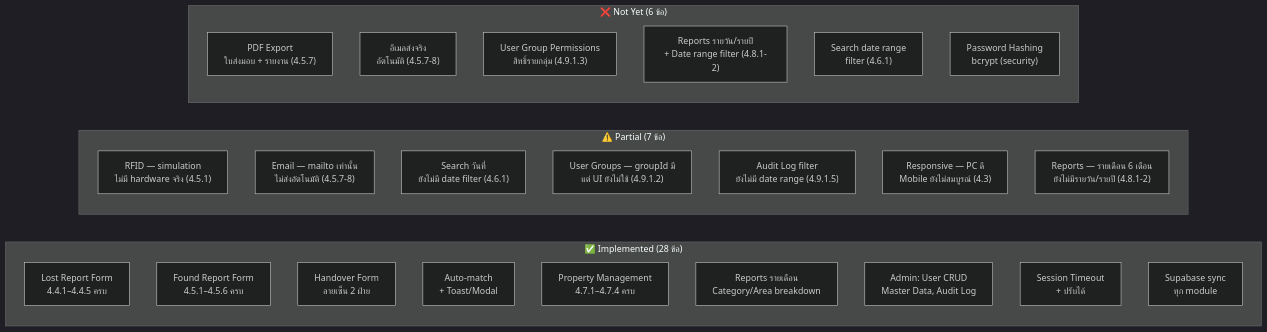
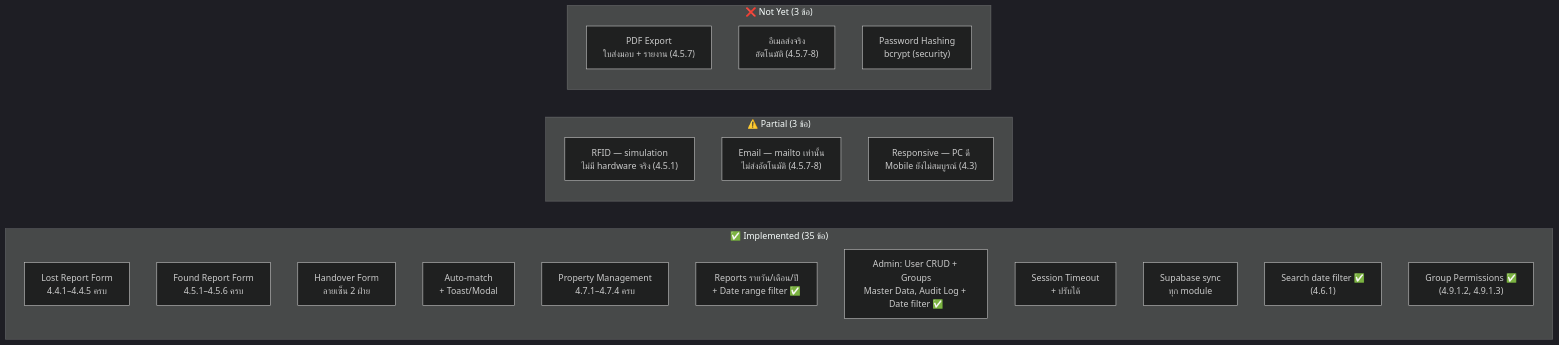
Diagram 18 of 19 in WORKFLOW_DATAFLOW.md (sujittrapankaraket-sketch/CNI-Property-Lost-Found-Management-System), drawn with Mermaid (dark theme) before and after one commit. The commit also changed other lines of this file and 4 other files, not shown here.

````diff
--- a/WORKFLOW_DATAFLOW.md
+++ b/WORKFLOW_DATAFLOW.md
@@ -589,33 +589,28 @@
 ```mermaid
 flowchart LR
-    subgraph DONE["✅ Implemented (28 ข้อ)"]
+    subgraph DONE["✅ Implemented (35 ข้อ)"]
         D1["Lost Report Form\n4.4.1–4.4.5 ครบ"]
         D2["Found Report Form\n4.5.1–4.5.6 ครบ"]
         D3["Handover Form\nลายเซ็น 2 ฝ่าย"]
         D4["Auto-match\n+ Toast/Modal"]
         D5["Property Management\n4.7.1–4.7.4 ครบ"]
-        D6["Reports รายเดือน\nCategory/Area breakdown"]
-        D7["Admin: User CRUD\nMaster Data, Audit Log"]
+        D6["Reports รายวัน/เดือน/ปี\n+ Date range filter ✅"]
+        D7["Admin: User CRUD + Groups\nMaster Data, Audit Log + Date filter ✅"]
         D8["Session Timeout\n+ ปรับได้"]
         D9["Supabase sync\nทุก module"]
+        D10["Search date filter ✅\n(4.6.1)"]
+        D11["Group Permissions ✅\n(4.9.1.2, 4.9.1.3)"]
     end
 
-    subgraph PARTIAL["⚠️ Partial (7 ข้อ)"]
+    subgraph PARTIAL["⚠️ Partial (3 ข้อ)"]
         P1["RFID — simulation\nไม่มี hardware จริง (4.5.1)"]
         P2["Email — mailto เท่านั้น\nไม่ส่งอัตโนมัติ (4.5.7-8)"]
-        P3["Search วันที่\nยังไม่มี date filter (4.6.1)"]
-        P4["User Groups — groupId มี\nแต่ UI ยังไม่ใช้ (4.9.1.2)"]
-        P5["Audit Log filter\nยังไม่มี date range (4.9.1.5)"]
         P6["Responsive — PC ดี\nMobile ยังไม่สมบูรณ์ (4.3)"]
-        P7["Reports — รายเดือน 6 เดือน\nยังไม่มีรายวัน/รายปี (4.8.1-2)"]
     end
 
-    subgraph GAP["❌ Not Yet (6 ข้อ)"]
+    subgraph GAP["❌ Not Yet (3 ข้อ)"]
         G1["PDF Export\nใบส่งมอบ + รายงาน (4.5.7)"]
         G2["อีเมลส่งจริง\nอัตโนมัติ (4.5.7-8)"]
-        G3["User Group Permissions\nสิทธิ์รายกลุ่ม (4.9.1.3)"]
-        G4["Reports รายวัน/รายปี\n+ Date range filter (4.8.1-2)"]
-        G5["Search date range\nfilter (4.6.1)"]
         G6["Password Hashing\nbcrypt (security)"]
     end
 ```
````
